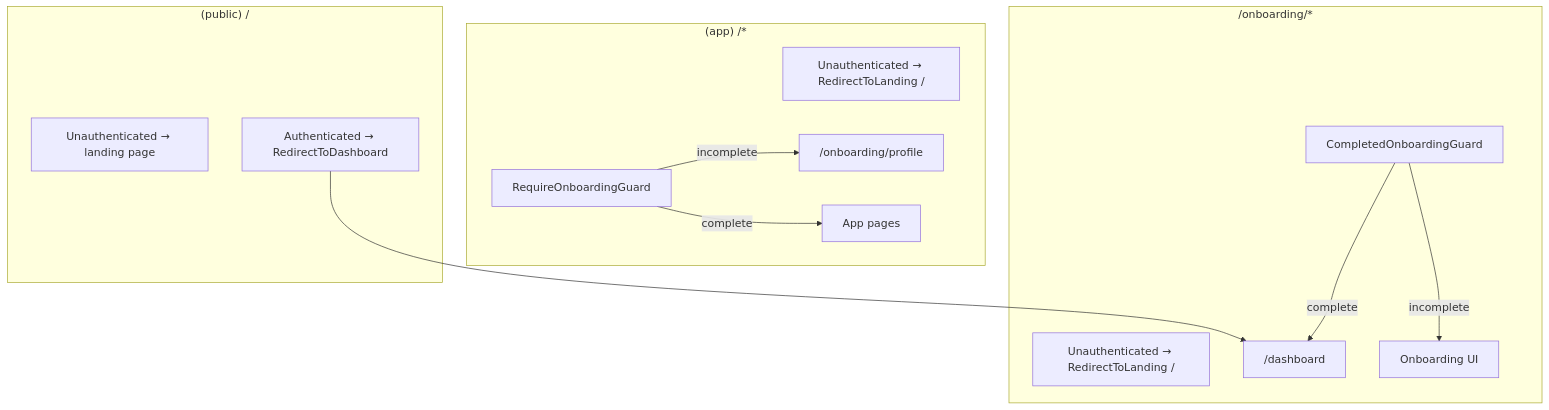
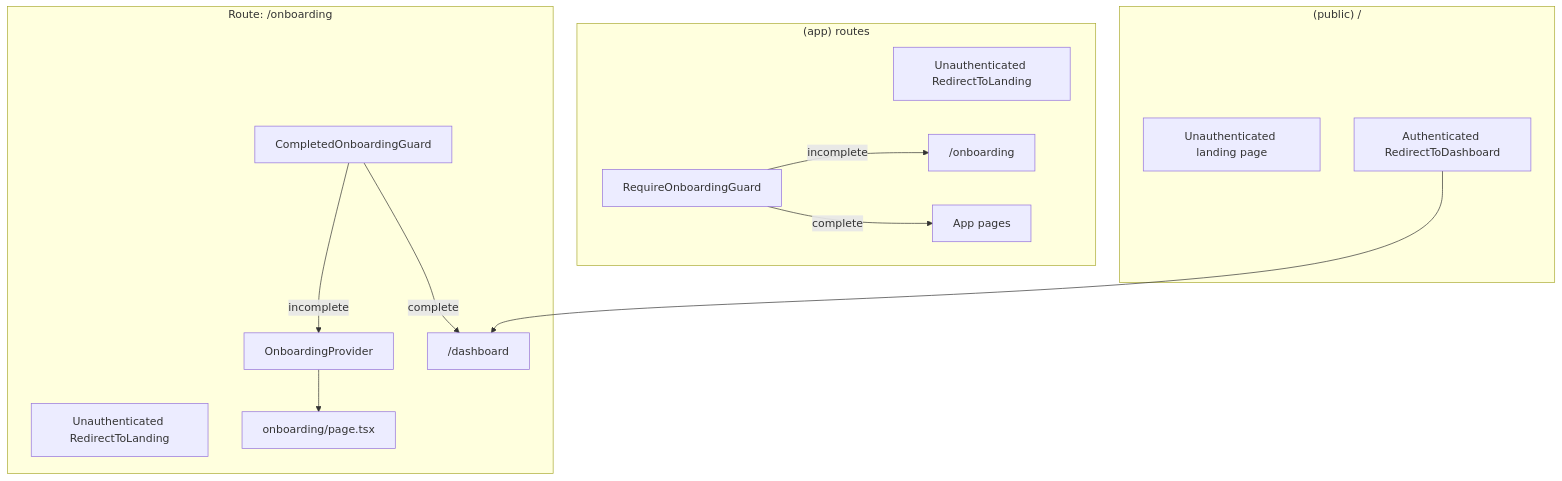
Before and after one commit to acsoba-mentorship/acsoba-mentorship: the first of 2 diagrams in web/docs/onboarding-routing.md, drawn with Mermaid. The commit also changed other lines of this file and 22 other files, not shown here.

Commit message:
feat: implement onboarding process with single wizard route and step-based navigation

````diff
--- a/web/docs/onboarding-routing.md
+++ b/web/docs/onboarding-routing.md
@@ -40,23 +40,26 @@
 ```mermaid
 flowchart TB
   subgraph public ["(public) /"]
-    PU[Unauthenticated → landing page]
-    PA[Authenticated → RedirectToDashboard]
+    PU["Unauthenticated landing page"]
+    PA["Authenticated RedirectToDashboard"]
   end
 
-  subgraph app ["(app) /*"]
-    AU[Unauthenticated → RedirectToLanding /]
+  subgraph app ["(app) routes"]
+    AU["Unauthenticated RedirectToLanding"]
     AG[RequireOnboardingGuard]
-    AG -->|incomplete| OB["/onboarding/profile"]
+    AG -->|incomplete| OB["/onboarding"]
     AG -->|complete| APP[App pages]
   end
 
-  subgraph onboarding ["/onboarding/*"]
-    OU[Unauthenticated → RedirectToLanding /]
+  subgraph onboarding ["Route: /onboarding"]
+    OU["Unauthenticated RedirectToLanding"]
     CG[CompletedOnboardingGuard]
+    OP[OnboardingProvider]
+    Page["onboarding/page.tsx"]
     CG -->|complete| DASH["/dashboard"]
-    CG -->|incomplete| WIZ[Onboarding UI]
+    CG -->|incomplete| OP
+    OP --> Page
   end
 
   PA --> DASH
 ```
````
